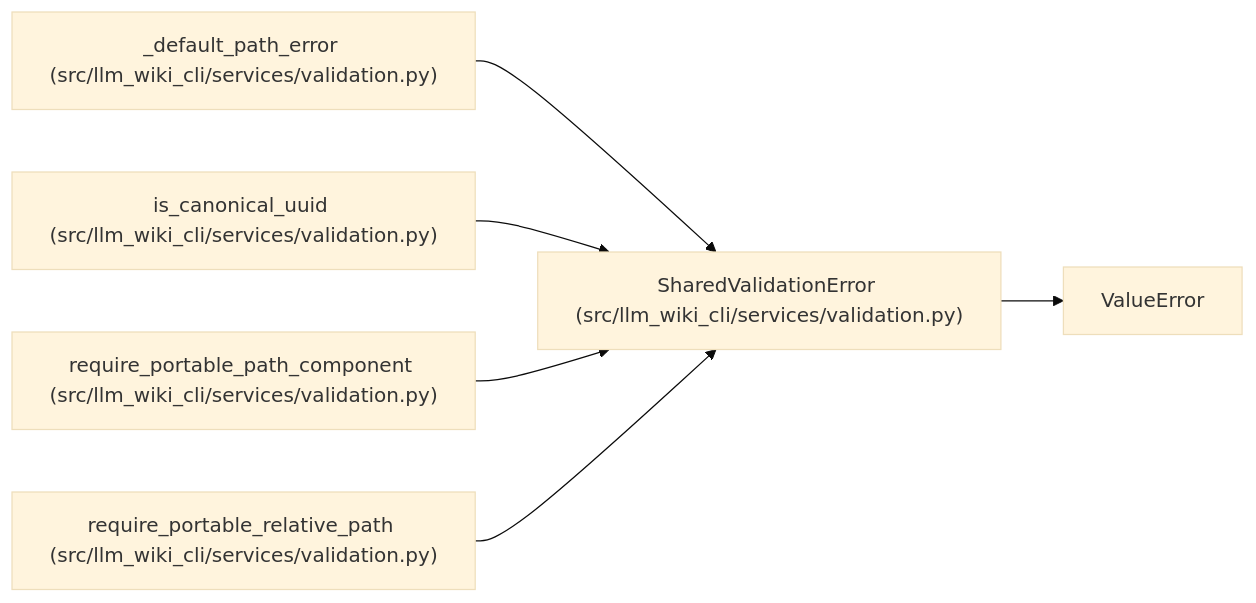
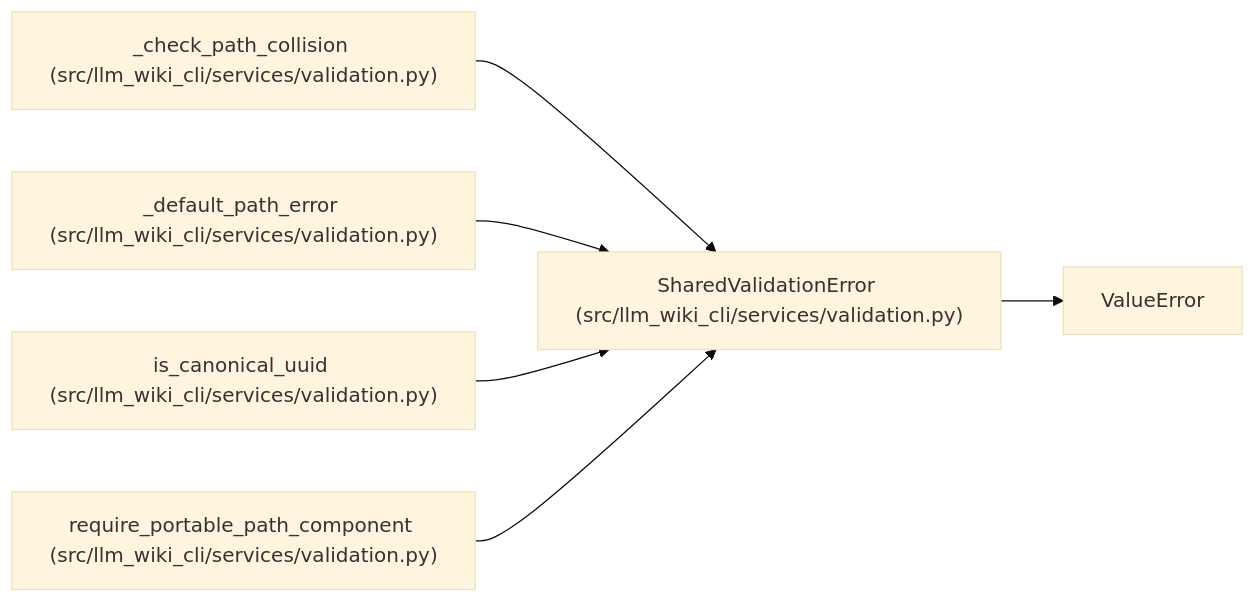
The diagram in docs/llm_wiki/entities/SharedValidationError.md (Denissvgn/python-wiki-llm), drawn with Mermaid (base theme) before and after one commit. The commit also changed other lines of this file and 865 other files, not shown here.

````diff
--- a/docs/llm_wiki/entities/SharedValidationError.md
+++ b/docs/llm_wiki/entities/SharedValidationError.md
@@ -23,19 +23,19 @@
 ```mermaid
 flowchart LR
     n0["SharedValidationError (src/llm_wiki_cli/services/validation.py)"]
     n1["ValueError"]
-    n2["_default_path_error (src/llm_wiki_cli/services/validation.py)"]
-    n3["is_canonical_uuid (src/llm_wiki_cli/services/validation.py)"]
-    n4["require_portable_path_component (src/llm_wiki_cli/services/validation.py)"]
-    n5["require_portable_relative_path (src/llm_wiki_cli/services/validation.py)"]
+    n2["_check_path_collision (src/llm_wiki_cli/services/validation.py)"]
+    n3["_default_path_error (src/llm_wiki_cli/services/validation.py)"]
+    n4["is_canonical_uuid (src/llm_wiki_cli/services/validation.py)"]
+    n5["require_portable_path_component (src/llm_wiki_cli/services/validation.py)"]
     n0 --> n1
     n2 --> n0
     n3 --> n0
     n4 --> n0
     n5 --> n0
     click n0 "../modules/validation.md"
     click n2 "../modules/validation.md"
     click n3 "../modules/validation.md"
     click n4 "../modules/validation.md"
     click n5 "../modules/validation.md"
 ```
````
